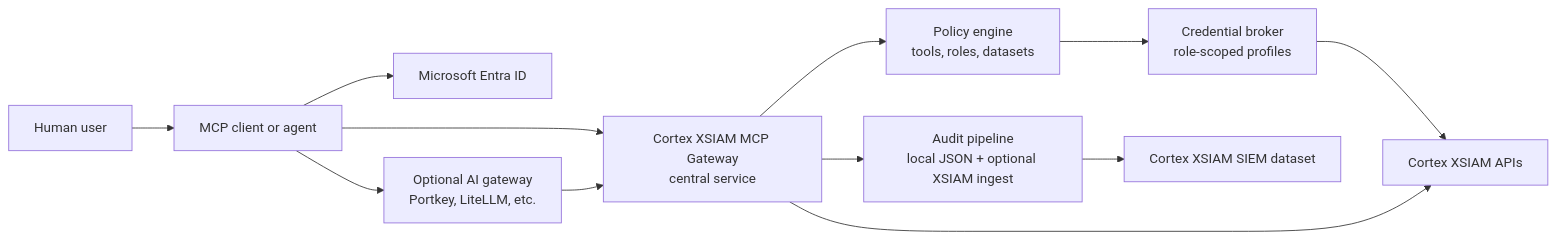
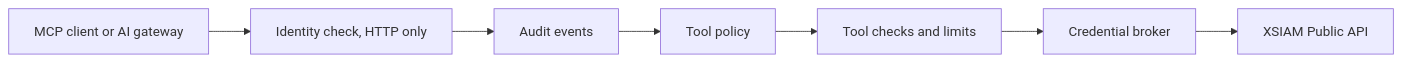
One commit to ciaran-finnegan/cortex-xsiam-mcp-gateway changed the diagram in README.md. Above: the diagram before and after it, drawn with Mermaid. The commit also changed other lines of this file, not shown here.

First line of the commit message:
docs: rewrite README against main and strip LLM style (#61)

````diff
--- a/README.md
+++ b/README.md
@@ -77,25 +52,9 @@
 ```mermaid
 flowchart LR
-  User["Human user"]
-  Client["MCP client or agent"]
-  Entra["Microsoft Entra ID"]
-  Gateway["Optional AI gateway<br/>Portkey, LiteLLM, etc."]
-  MCP["Cortex XSIAM MCP Gateway<br/>central service"]
-  Policy["Policy engine<br/>tools, roles, datasets"]
-  Audit["Audit pipeline<br/>local JSON + optional XSIAM ingest"]
-  Broker["Credential broker<br/>role-scoped profiles"]
-  XSIAM["Cortex XSIAM APIs"]
-  SIEM["Cortex XSIAM SIEM dataset"]
-
-  User --> Client
-  Client --> Entra
-  Client --> Gateway
-  Client --> MCP
-  Gateway --> MCP
-  MCP --> Policy
-  MCP --> Audit
-  Audit --> SIEM
-  Policy --> Broker
-  Broker --> XSIAM
-  MCP --> XSIAM
+  Client["MCP client or AI gateway"] --> Identity["Identity check, HTTP only"]
+  Identity --> Audit["Audit events"]
+  Audit --> Policy["Tool policy"]
+  Policy --> Tool["Tool checks and limits"]
+  Tool --> Broker["Credential broker"]
+  Broker --> XSIAM["XSIAM Public API"]
 ```
````
